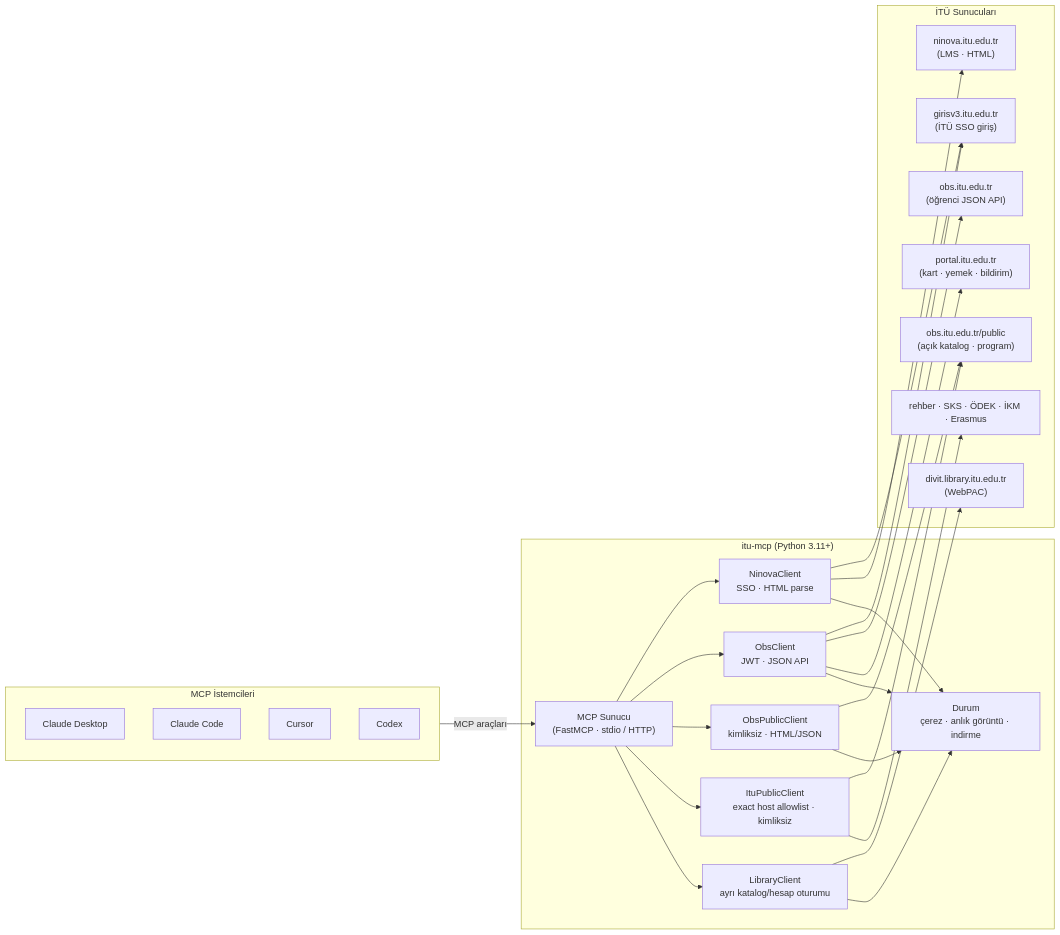
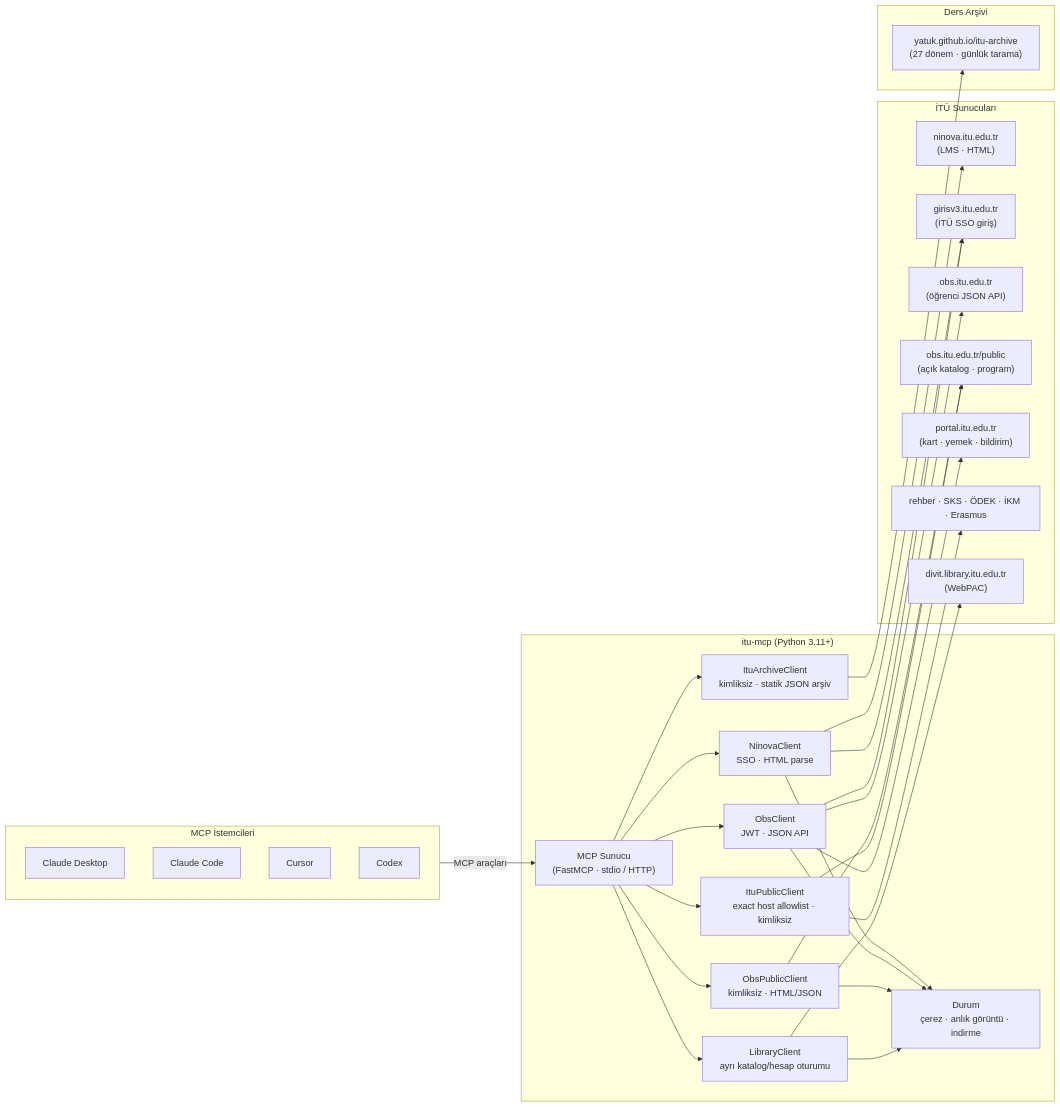
Before and after one commit to yatuk/itu-mcp: the diagram in README.md, drawn with Mermaid. The commit also changed other lines of this file and 17 other files, not shown here.

First line of the commit message:
feat: v0.5.0 - ders arşivi, önşart çapraz doğrulama, mezuniyet planlama

````diff
--- a/README.md
+++ b/README.md
@@ -83,49 +83,56 @@
 ```mermaid
 flowchart LR
     subgraph istemciler["MCP İstemcileri"]
         claude["Claude Desktop"]
         claude_code["Claude Code"]
         cursor["Cursor"]
         codex["Codex"]
     end
 
     subgraph sunucu["itu-mcp (Python 3.11+)"]
         mcp["MCP Sunucu<br/>(FastMCP · stdio / HTTP)"]
         ninova_client["NinovaClient<br/>SSO · HTML parse"]
         obs_client["ObsClient<br/>JWT · JSON API"]
         obs_public["ObsPublicClient<br/>kimliksiz · HTML/JSON"]
         itu_public["ItuPublicClient<br/>exact host allowlist · kimliksiz"]
         library_client["LibraryClient<br/>ayrı katalog/hesap oturumu"]
+        archive_client["ItuArchiveClient<br/>kimliksiz · statik JSON arşiv"]
         state["Durum<br/>çerez · anlık görüntü · indirme"]
     end
 
     subgraph itu["İTÜ Sunucuları"]
         ninova["ninova.itu.edu.tr<br/>(LMS · HTML)"]
         giris["girisv3.itu.edu.tr<br/>(İTÜ SSO giriş)"]
         obs["obs.itu.edu.tr<br/>(öğrenci JSON API)"]
         obs_pub["obs.itu.edu.tr/public<br/>(açık katalog · program)"]
         portal["portal.itu.edu.tr<br/>(kart · yemek · bildirim)"]
         campus["rehber · SKS · ÖDEK · İKM · Erasmus"]
         library["divit.library.itu.edu.tr<br/>(WebPAC)"]
     end
 
+    subgraph arsiv["Ders Arşivi"]
+        archive["yatuk.github.io/itu-archive<br/>(27 dönem · günlük tarama)"]
+    end
+
     istemciler -->|"MCP araçları"| mcp
     mcp --> ninova_client
     mcp --> obs_client
     mcp --> obs_public
     mcp --> itu_public
     mcp --> library_client
+    mcp --> archive_client
     ninova_client --> giris
     ninova_client --> ninova
     obs_client --> giris
     obs_client --> obs
     obs_client --> portal
     obs_public --> obs_pub
     itu_public --> obs_pub
     itu_public --> campus
     library_client --> library
+    archive_client --> archive
     ninova_client --> state
     obs_client --> state
     obs_public --> state
     library_client --> state
 ```
````
